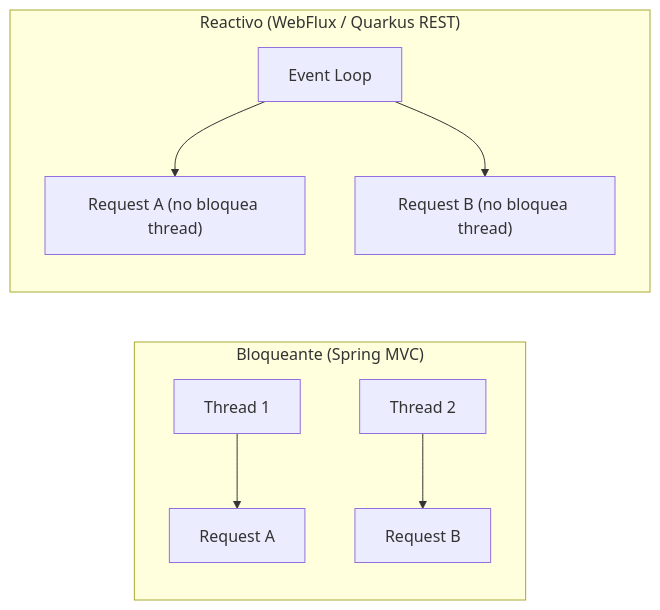
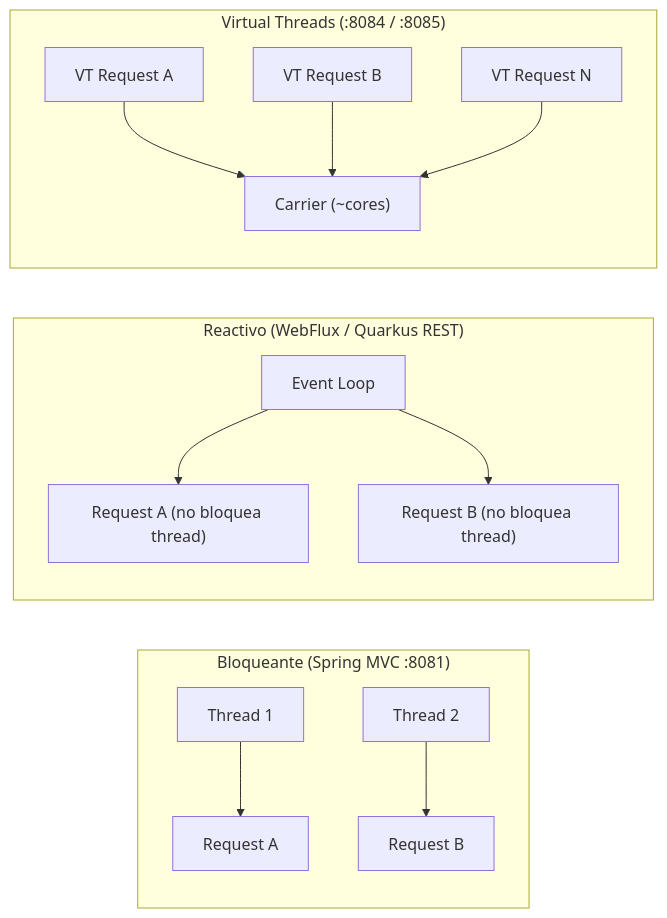
One commit to joedayz/microservicios-2026 changed the third of 3 diagrams in modulo-02-spring-boot-vs-quarkus/docs/01-comparativa-spring-vs-quarkus.md. Above: the diagram before and after it, drawn with Mermaid. The commit also changed other lines of this file and 25 other files, not shown here.

````diff
--- a/modulo-02-spring-boot-vs-quarkus/docs/01-comparativa-spring-vs-quarkus.md
+++ b/modulo-02-spring-boot-vs-quarkus/docs/01-comparativa-spring-vs-quarkus.md
@@ -75,13 +75,20 @@
 ```mermaid
 flowchart LR
-    subgraph BLOQ["Bloqueante (Spring MVC)"]
+    subgraph BLOQ["Bloqueante (Spring MVC :8081)"]
         T1["Thread 1"] --> REQ1["Request A"]
         T2["Thread 2"] --> REQ2["Request B"]
     end
 
     subgraph REACT["Reactivo (WebFlux / Quarkus REST)"]
         EVT["Event Loop"]
         EVT --> R1["Request A (no bloquea thread)"]
         EVT --> R2["Request B (no bloquea thread)"]
     end
+
+    subgraph VT["Virtual Threads (:8084 / :8085)"]
+        C["Carrier (~cores)"]
+        V1["VT Request A"] --> C
+        V2["VT Request B"] --> C
+        VN["VT Request N"] --> C
+    end
 ```
````
